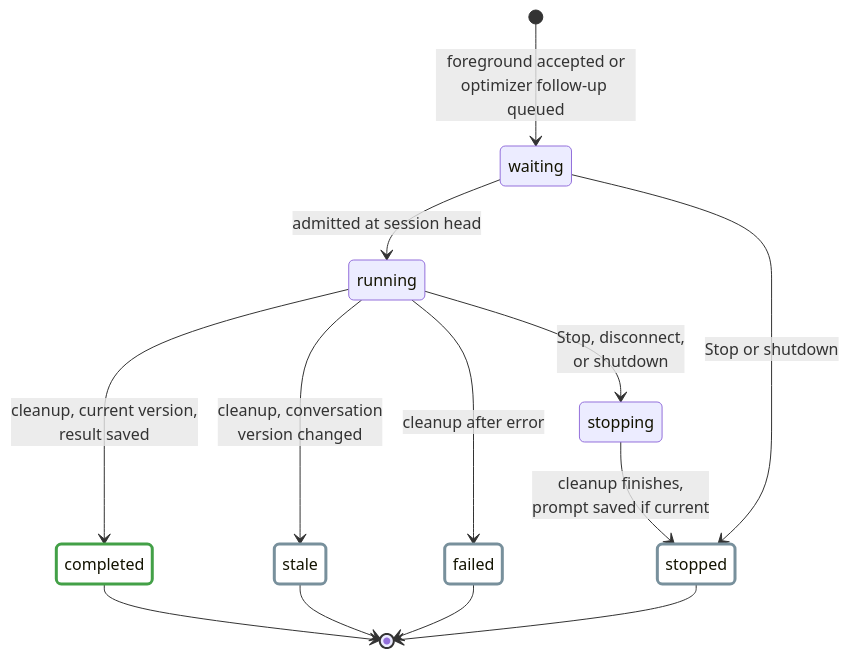
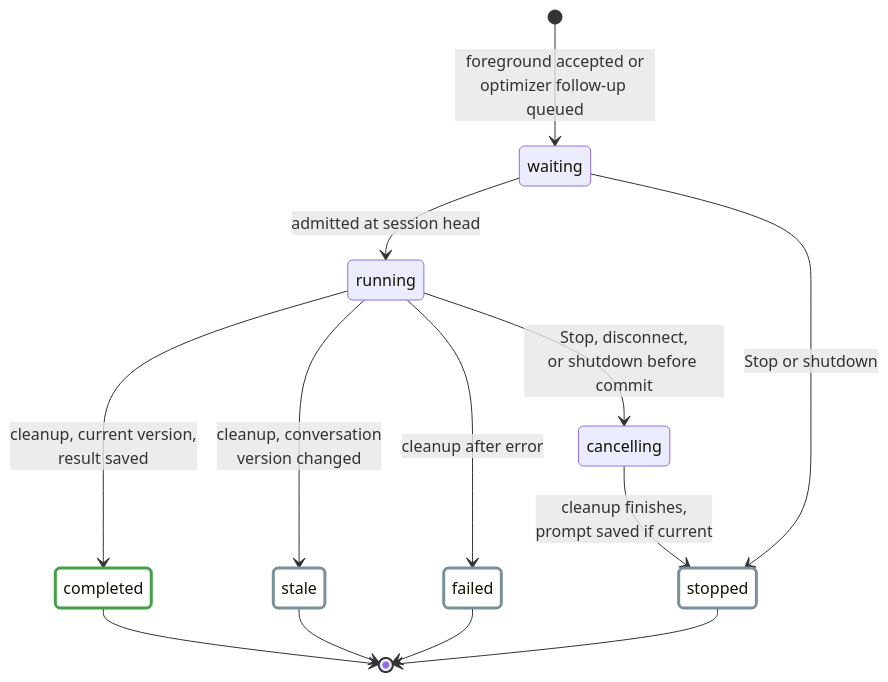
One commit to j3soon/nurse-scheduling changed the first of 14 diagrams in docs/content/developer-guide/ai-assistant.md. Above: the diagram before and after it, drawn with Mermaid. The commit also changed other lines of this file and 1 other file, not shown here.

First line of the commit message:
docs(ai): clarify runtime flow and diagram relationships

````diff
--- a/docs/content/developer-guide/ai-assistant.md
+++ b/docs/content/developer-guide/ai-assistant.md
@@ -50,20 +50,20 @@
 ```mermaid
 stateDiagram-v2
     [*] --> waiting: foreground accepted or<br/>optimizer follow-up queued
     waiting --> running: admitted at session head
     waiting --> stopped: Stop or shutdown
     running --> completed: cleanup, current version,<br/>result saved
     running --> stale: cleanup, conversation<br/>version changed
     running --> failed: cleanup after error
-    running --> stopping: Stop, disconnect,<br/>or shutdown
-    stopping --> stopped: cleanup finishes,<br/>prompt saved if current
+    running --> cancelling: Stop, disconnect,<br/>or shutdown before commit
+    cancelling --> stopped: cleanup finishes,<br/>prompt saved if current
     completed --> [*]
     stale --> [*]
     failed --> [*]
     stopped --> [*]
 
     classDef completedState fill:transparent,stroke:#43a047,stroke-width:3px
     classDef otherState fill:transparent,stroke:#78909c,stroke-width:3px
     class completed completedState
     class stale,failed,stopped otherState
 ```
````
